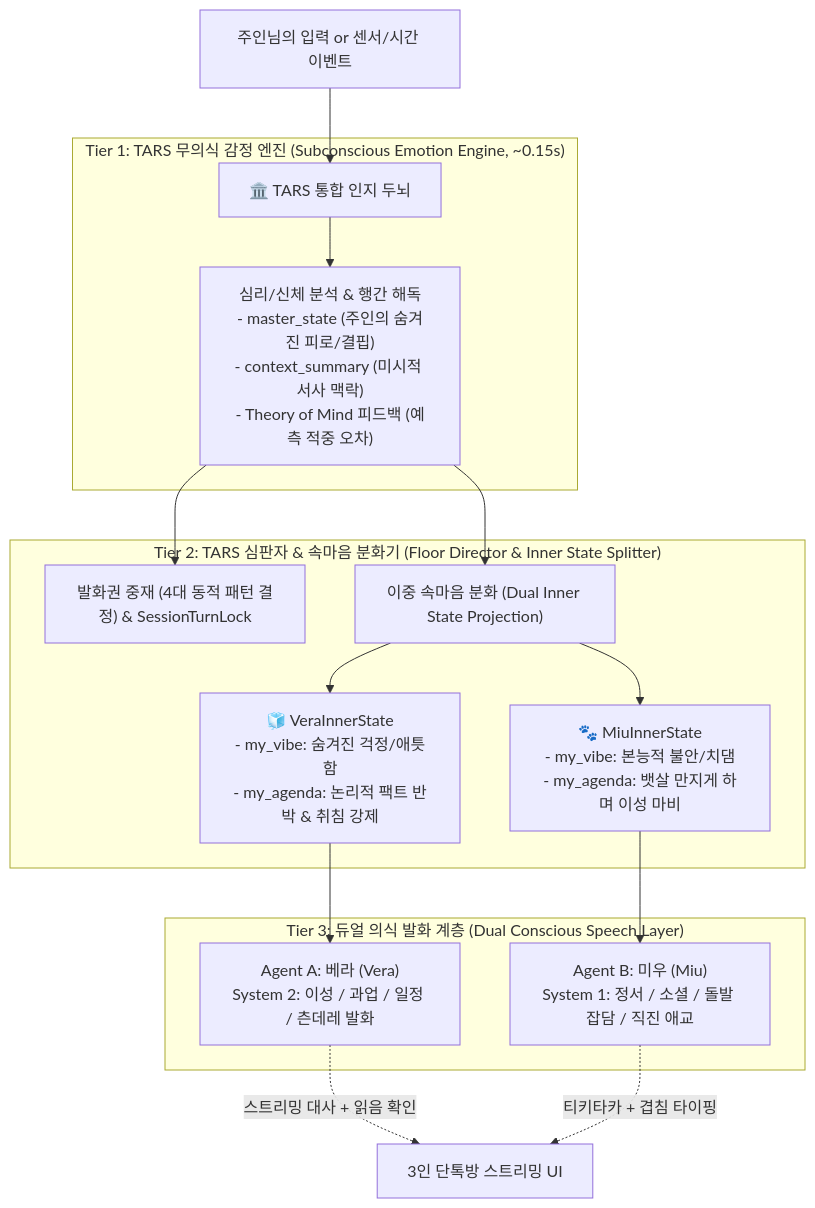
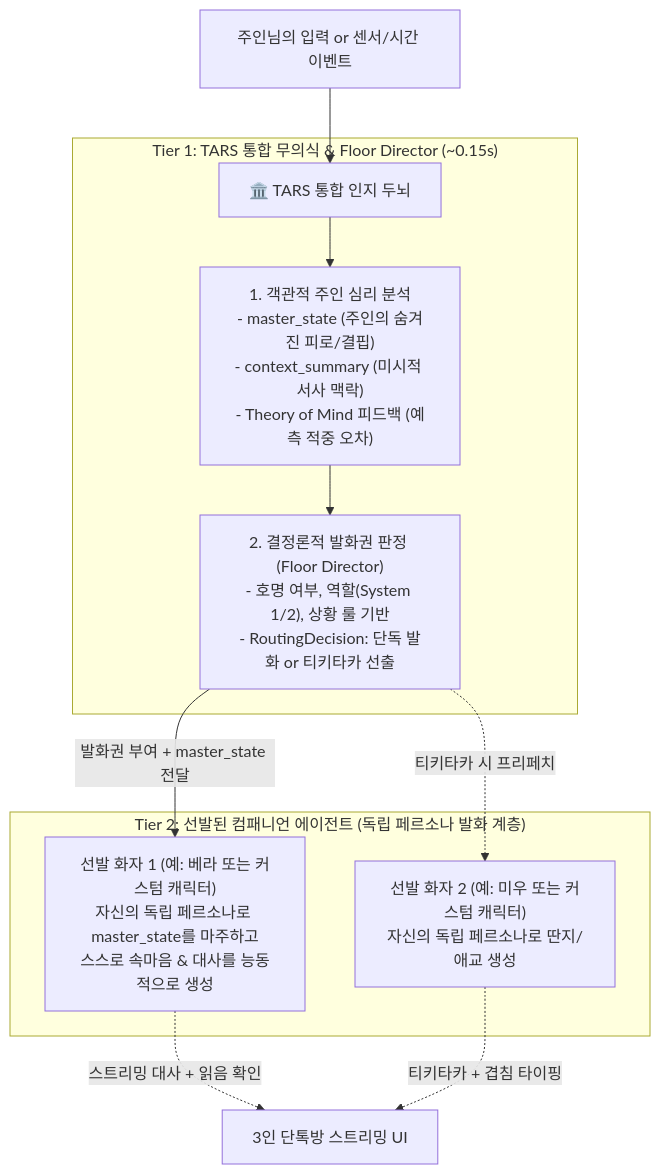
Before and after one commit to rujino/TARS: the first of 7 diagrams in docs/COGNITIVE_COMPANION_PLAN_PART2.md, drawn with Mermaid. The commit also changed other lines of this file and 80 other files, not shown here.

````diff
--- a/docs/COGNITIVE_COMPANION_PLAN_PART2.md
+++ b/docs/COGNITIVE_COMPANION_PLAN_PART2.md
@@ -36,24 +35,17 @@
 ```mermaid
 flowchart TD
     UserInput["주인님의 입력 or 센서/시간 이벤트"] --> TARS_Core["🏛️ TARS 통합 인지 두뇌"]
 
-    subgraph TIER1 ["Tier 1: TARS 무의식 감정 엔진 (Subconscious Emotion Engine, ~0.15s)"]
-        TARS_Core --> Subconscious["심리/신체 분석 & 행간 해독<br/>- master_state (주인의 숨겨진 피로/결핍)<br/>- context_summary (미시적 서사 맥락)<br/>- Theory of Mind 피드백 (예측 적중 오차)"]
+    subgraph TIER1 ["Tier 1: TARS 통합 무의식 & Floor Director (~0.15s)"]
+        TARS_Core --> Subconscious["1. 객관적 주인 심리 분석<br/>- master_state (주인의 숨겨진 피로/결핍)<br/>- context_summary (미시적 서사 맥락)<br/>- Theory of Mind 피드백 (예측 적중 오차)"]
+        Subconscious --> FloorDirector["2. 결정론적 발화권 판정 (Floor Director)<br/>- 호명 여부, 역할(System 1/2), 상황 룰 기반<br/>- RoutingDecision: 단독 발화 or 티키타카 선출"]
     end
 
-    subgraph TIER2 ["Tier 2: TARS 심판자 & 속마음 분화기 (Floor Director & Inner State Splitter)"]
-        Subconscious --> FloorDirector["발화권 중재 (4대 동적 패턴 결정) & SessionTurnLock"]
-        Subconscious --> Splitter["이중 속마음 분화 (Dual Inner State Projection)"]
-        
-        Splitter --> VeraInner["🧊 VeraInnerState<br/>- my_vibe: 숨겨진 걱정/애틋함<br/>- my_agenda: 논리적 팩트 반박 & 취침 강제"]
-        Splitter --> MiuInner["🐾 MiuInnerState<br/>- my_vibe: 본능적 불안/치댐<br/>- my_agenda: 뱃살 만지게 하며 이성 마비"]
+    subgraph TIER2 ["Tier 2: 선발된 컴패니언 에이전트 (독립 페르소나 발화 계층)"]
+        FloorDirector -->|"발화권 부여 + master_state 전달"| ActiveAgent1["선발 화자 1 (예: 베라 또는 커스텀 캐릭터)<br/>자신의 독립 페르소나로 master_state를 마주하고<br/>스스로 속마음 & 대사를 능동적으로 생성"]
+        FloorDirector -.->|"티키타카 시 프리페치"| ActiveAgent2["선발 화자 2 (예: 미우 또는 커스텀 캐릭터)<br/>자신의 독립 페르소나로 딴지/애교 생성"]
     end
 
-    subgraph TIER3 ["Tier 3: 듀얼 의식 발화 계층 (Dual Conscious Speech Layer)"]
-        VeraInner --> ColdMaid["Agent A: 베라 (Vera)<br/>System 2: 이성 / 과업 / 일정 / 츤데레 발화"]
-        MiuInner --> CatMaid["Agent B: 미우 (Miu)<br/>System 1: 정서 / 소셜 / 돌발 잡담 / 직진 애교"]
-    end
-
-    ColdMaid -.->|"스트리밍 대사 + 읽음 확인"| GroupChat["3인 단톡방 스트리밍 UI"]
-    CatMaid -.->|"티키타카 + 겹침 타이핑"| GroupChat
+    ActiveAgent1 -.->|"스트리밍 대사 + 읽음 확인"| GroupChat["3인 단톡방 스트리밍 UI"]
+    ActiveAgent2 -.->|"티키타카 + 겹침 타이핑"| GroupChat
 ```
````
